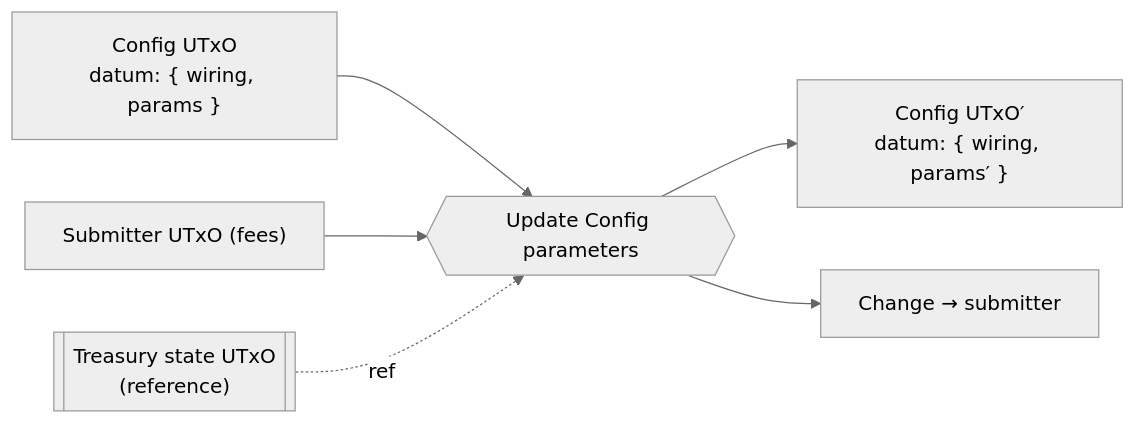
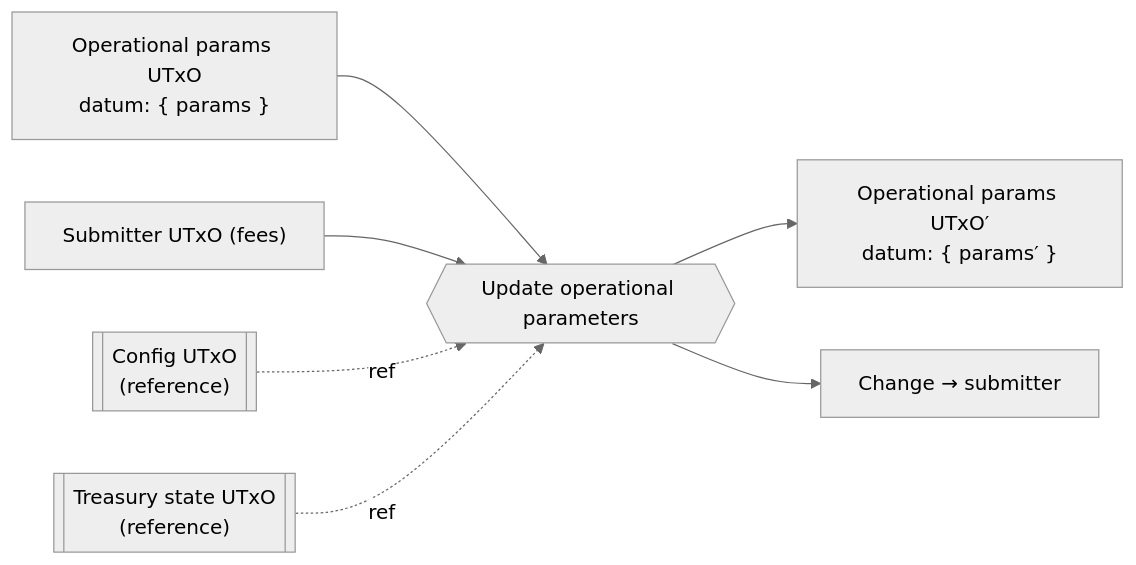
Before and after one commit to FluidTokens/ft-bifrost-bridge: the tenth of 11 diagrams in documentation/technical_documentation.md, drawn with Mermaid (neutral theme). The commit also changed other lines of this file, not shown here.

First line of the commit message:
docs: split tunables into the Operational parameters UTxO; pin per_pegout_fee in PegOutDatum (G2 revision)

````diff
--- a/documentation/technical_documentation.md
+++ b/documentation/technical_documentation.md
@@ -1132,8 +1179,9 @@
 ```mermaid
 flowchart LR
-  cfg["Config UTxO<br/>datum: { wiring, params }"] --> tx{{"Update Config parameters"}}
-  gov["Submitter UTxO (fees)"] --> tx
+  par["Operational params UTxO<br/>datum: { params }"] --> tx{{"Update operational parameters"}}
+  sub["Submitter UTxO (fees)"] --> tx
+  cfg_ref[["Config UTxO<br/>(reference)"]] -. ref .-> tx
   tres[["Treasury state UTxO<br/>(reference)"]] -. ref .-> tx
-  tx --> cfg2["Config UTxO′<br/>datum: { wiring, params′ }"]
+  tx --> par2["Operational params UTxO′<br/>datum: { params′ }"]
   tx --> change["Change → submitter"]
 ```
````
